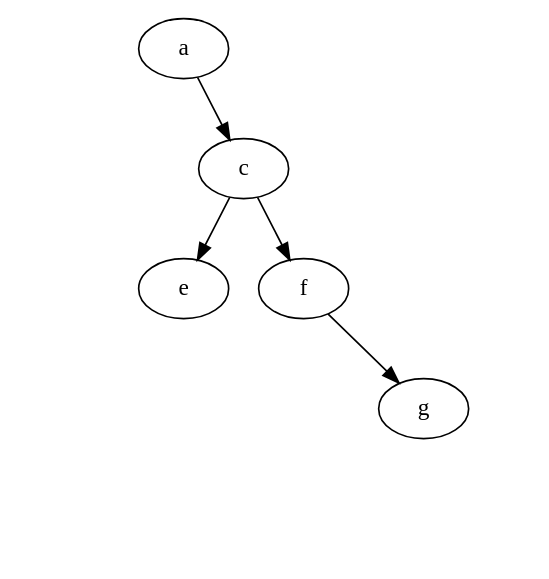
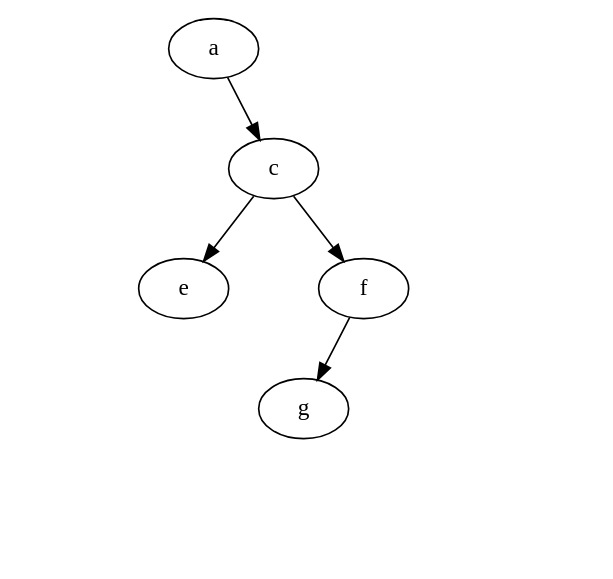
The diagram in slides/trees/01.binary_trees/binary_tree.dot (jgsogo/eda), drawn with Graphviz before and after one commit. The commit also changed 14 other files, not shown here.

```diff
--- a/slides/trees/01.binary_trees/binary_tree.dot
+++ b/slides/trees/01.binary_trees/binary_tree.dot
@@ -1,25 +1,29 @@
 digraph {
     rankdir=TB;
-
-    o1 [style=invis];
-    o2 [style=invis];
-    o3 [style=invis];
-    o4 [style=invis];
-    o5 [style=invis];
-    o6 [style=invis];
 
     a -> o1 [style=invis];
     a -> c;
 
     c -> e;
     c -> f;
 
     e -> o2 [style=invis];
     e -> o3 [style=invis];
 
     f -> g;
+    f -> o44 [style=invis];
     f -> o4 [style=invis];
 
     g -> o5 [style=invis];
     g -> o6 [style=invis];
+
+    o1 [style=invis];
+    o2 [style=invis];
+    o3 [style=invis];
+    o4 [style=invis];
+    o44 [style=invis];
+    o5 [style=invis];
+    o6 [style=invis];
+
+
 }
```
